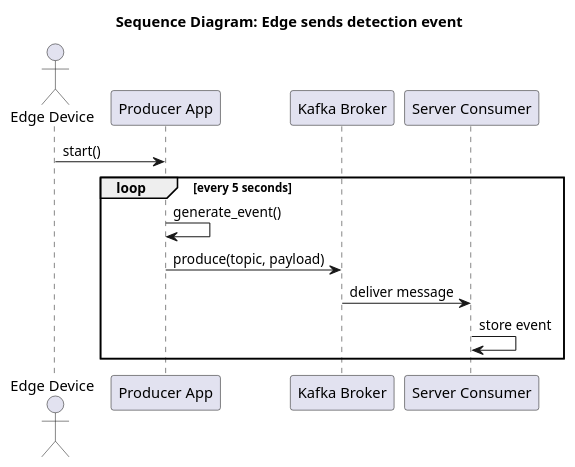
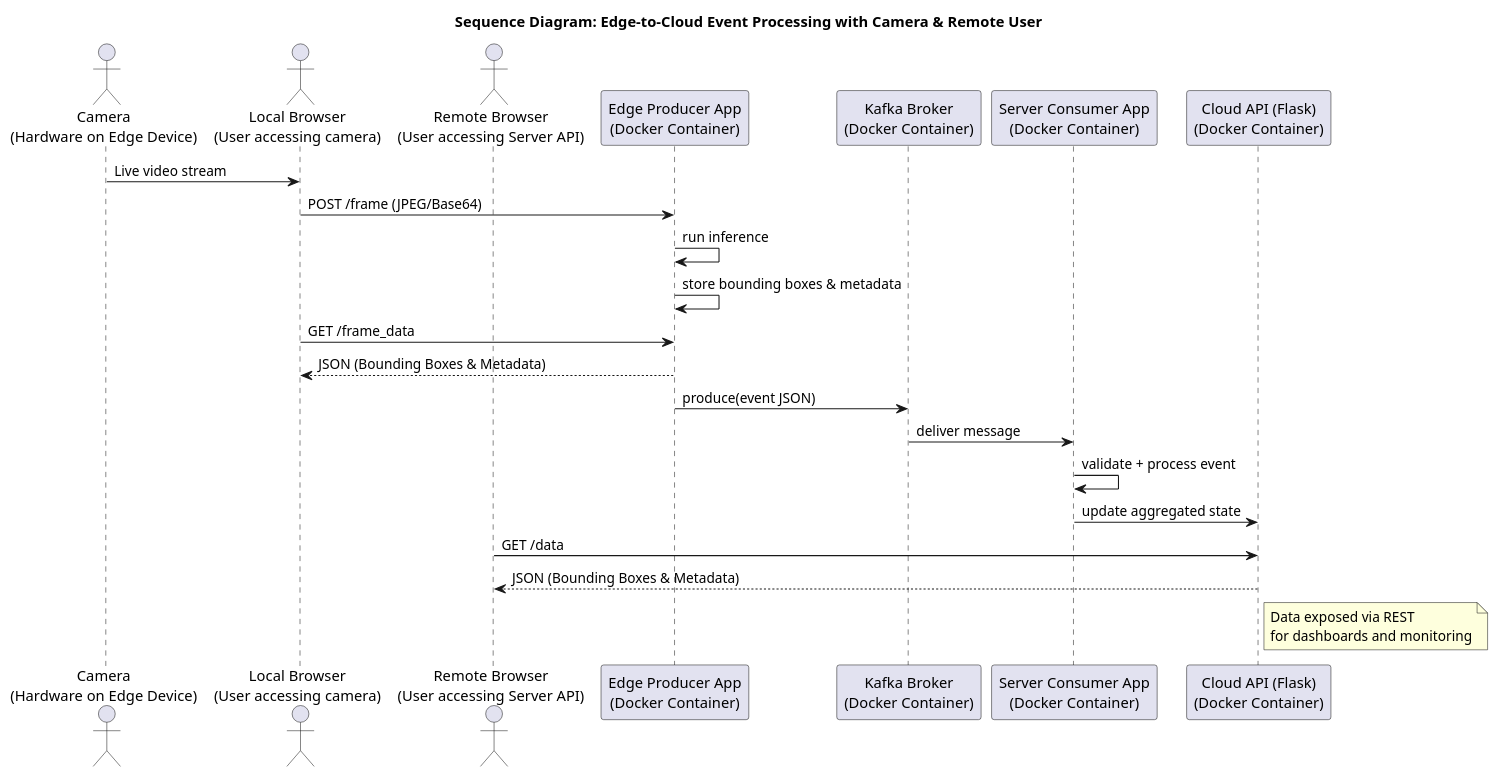
Before and after one commit to f-kittenberger/25imc-ai-edge-to-cloud: the diagram in docs/uml/sequence-edge-kafka-server.puml, drawn with PlantUML. The commit also changed other lines of this file and 41 other files, not shown here.

```diff
--- a/docs/uml/sequence-edge-kafka-server.puml
+++ b/docs/uml/sequence-edge-kafka-server.puml
@@ -2,16 +1,43 @@
 @startuml
-title Sequence Diagram: Edge sends detection event
+title Sequence Diagram: Edge-to-Cloud Event Processing with Camera & Remote User
 
-actor "Edge Device" as Edge
-participant "Producer App" as Producer
-participant "Kafka Broker" as Kafka
-participant "Server Consumer" as Server
+actor "Camera\n(Hardware on Edge Device)" as Camera
+actor "Local Browser\n(User accessing camera)" as Browser1
+actor "Remote Browser\n(User accessing Server API)" as Browser2
 
-Edge -> Producer : start()
-loop every 5 seconds
-  Producer -> Producer : generate_event()
-  Producer -> Kafka : produce(topic, payload)
-  Kafka -> Server : deliver message
-  Server -> Server : store event
-end
+participant "Edge Producer App\n(Docker Container)" as Producer
+participant "Kafka Broker\n(Docker Container)" as Kafka
+participant "Server Consumer App\n(Docker Container)" as Consumer
+participant "Cloud API (Flask)\n(Docker Container)" as API
+
+' --------------------
+' Local camera → Edge
+' --------------------
+Camera -> Browser1 : Live video stream
+Browser1 -> Producer : POST /frame (JPEG/Base64)
+Producer -> Producer : run inference
+Producer -> Producer : store bounding boxes & metadata
+
+Browser1 -> Producer : GET /frame_data
+Producer --> Browser1 : JSON (Bounding Boxes & Metadata)
+
+' --------------------
+' Edge → Kafka → Server
+' --------------------
+Producer -> Kafka : produce(event JSON)
+Kafka -> Consumer : deliver message
+Consumer -> Consumer : validate + process event
+Consumer -> API : update aggregated state
+
+' --------------------
+' Remote user access
+' --------------------
+Browser2 -> API : GET /data
+API --> Browser2 : JSON (Bounding Boxes & Metadata)
+
+note right of API
+Data exposed via REST
+for dashboards and monitoring
+end note
+
 @enduml
```
